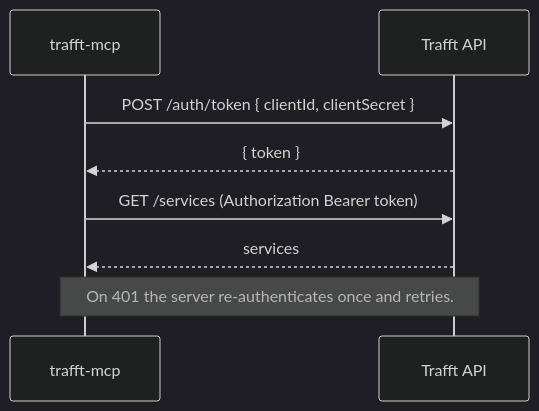
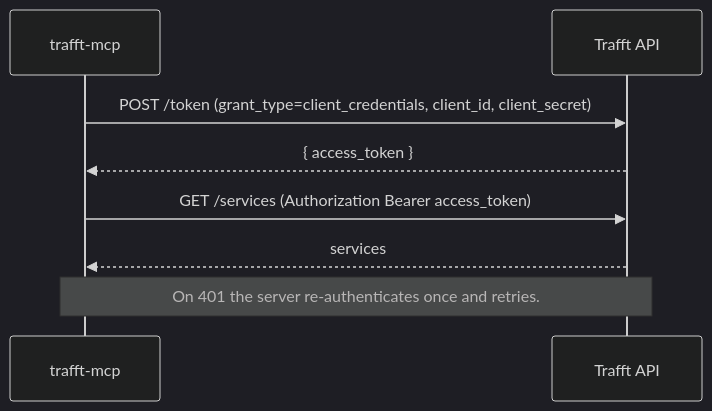
The fourth of 4 diagrams in README.md (mjmirza/trafft-mcp), drawn with Mermaid (dark theme) before and after one commit. The commit also changed other lines of this file and 17 other files, not shown here.

````diff
--- a/README.md
+++ b/README.md
@@ -153,10 +163,10 @@
 ```mermaid
 sequenceDiagram
   participant S as trafft-mcp
   participant T as Trafft API
-  S->>T: POST /auth/token { clientId, clientSecret }
-  T-->>S: { token }
-  S->>T: GET /services (Authorization Bearer token)
+  S->>T: POST /token (grant_type=client_credentials, client_id, client_secret)
+  T-->>S: { access_token }
+  S->>T: GET /services (Authorization Bearer access_token)
   T-->>S: services
   Note over S,T: On 401 the server re-authenticates once and retries.
 ```
````
